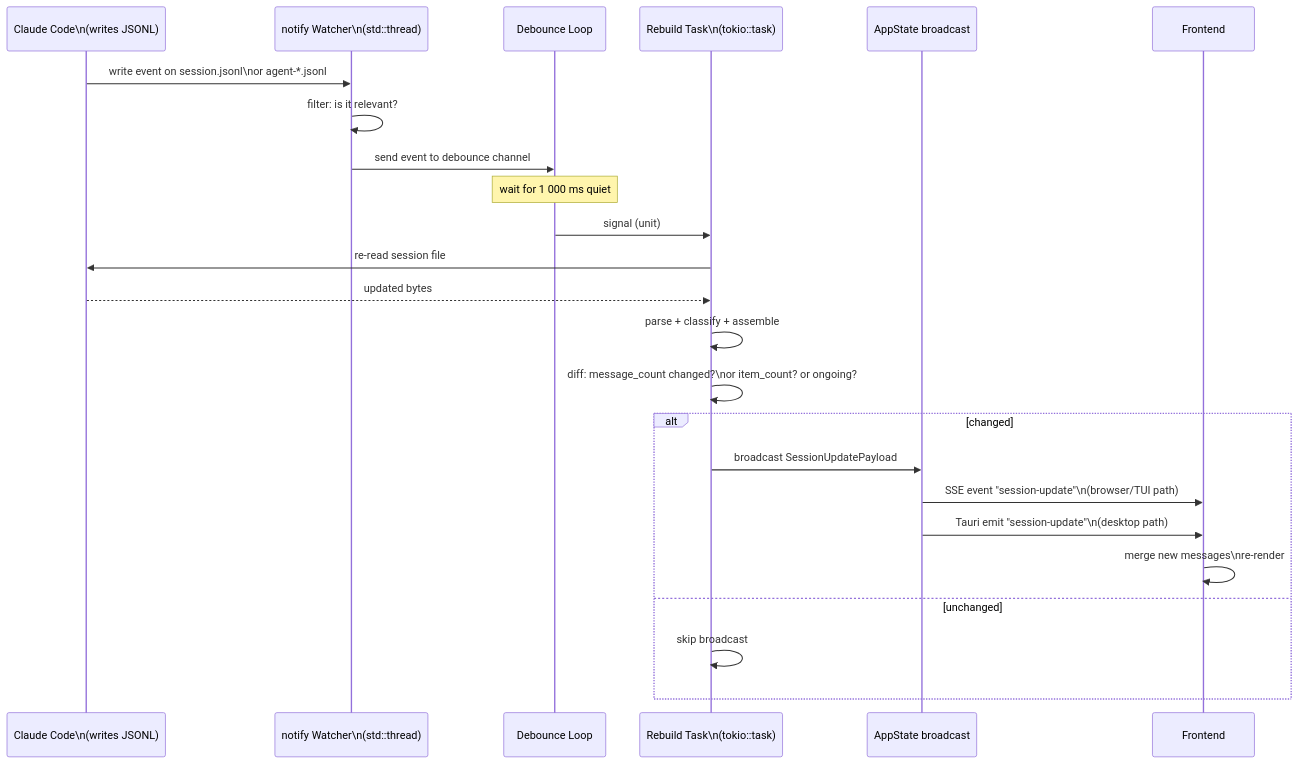
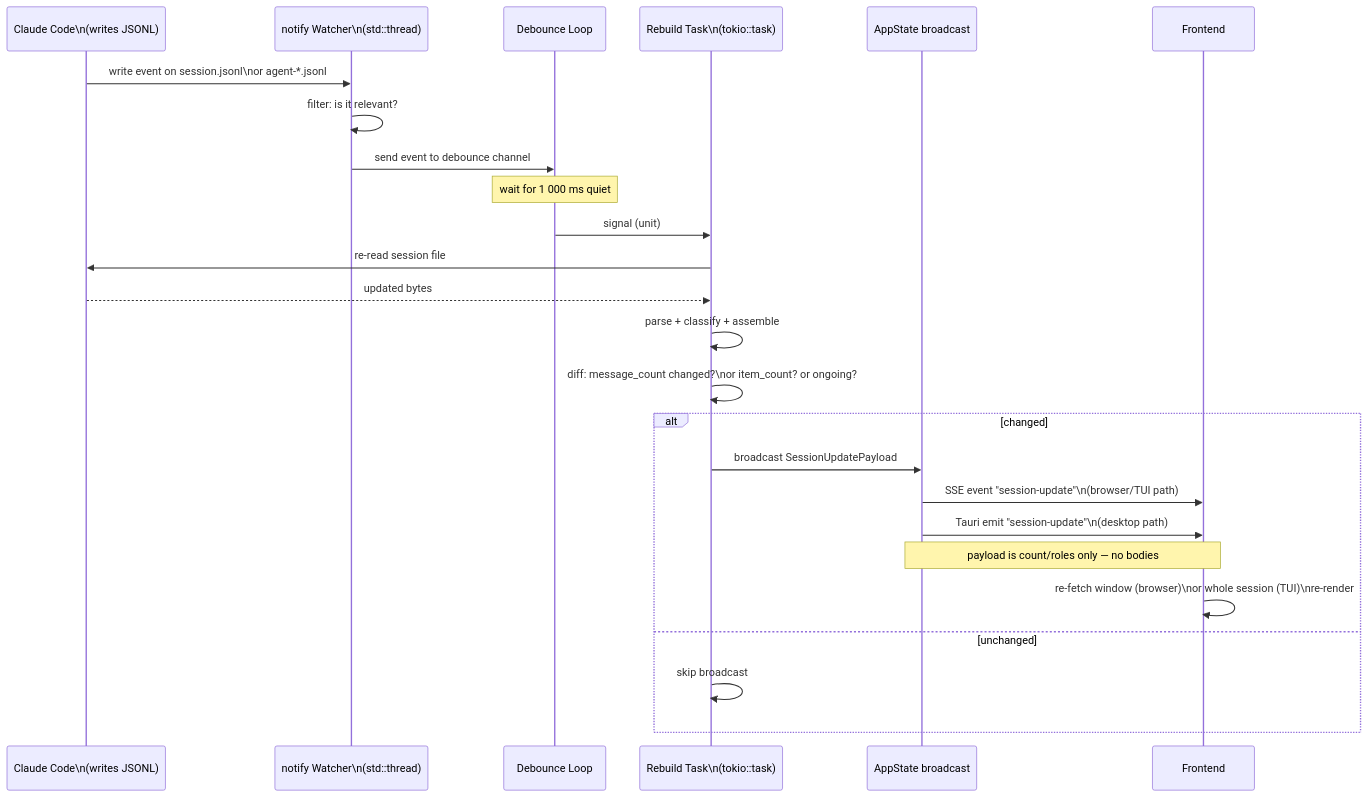
The fourth of 10 diagrams in specs/08-session-lifecycle.md (delexw/claude-code-trace), drawn with Mermaid before and after one commit. The commit also changed other lines of this file and 14 other files, not shown here.

````diff
--- a/specs/08-session-lifecycle.md
+++ b/specs/08-session-lifecycle.md
@@ -120,28 +120,29 @@
 ```mermaid
 sequenceDiagram
     participant FS as Claude Code\n(writes JSONL)
     participant WATCH as notify Watcher\n(std::thread)
     participant DEBOUNCE as Debounce Loop
     participant REBUILD as Rebuild Task\n(tokio::task)
     participant BROADCAST as AppState broadcast
     participant FE as Frontend
 
     FS ->> WATCH: write event on session.jsonl\nor agent-*.jsonl
     WATCH ->> WATCH: filter: is it relevant?
     WATCH ->> DEBOUNCE: send event to debounce channel
     Note over DEBOUNCE: wait for 1 000 ms quiet
     DEBOUNCE ->> REBUILD: signal (unit)
 
     REBUILD ->> FS: re-read session file
     FS -->> REBUILD: updated bytes
     REBUILD ->> REBUILD: parse + classify + assemble
     REBUILD ->> REBUILD: diff: message_count changed?\nor item_count? or ongoing?
     alt changed
         REBUILD ->> BROADCAST: broadcast SessionUpdatePayload
         BROADCAST ->> FE: SSE event "session-update"\n(browser/TUI path)
         BROADCAST ->> FE: Tauri emit "session-update"\n(desktop path)
-        FE ->> FE: merge new messages\nre-render
+        Note over BROADCAST,FE: payload is count/roles only — no bodies
+        FE ->> FE: re-fetch window (browser)\nor whole session (TUI)\nre-render
     else unchanged
         REBUILD ->> REBUILD: skip broadcast
     end
 ```
````
